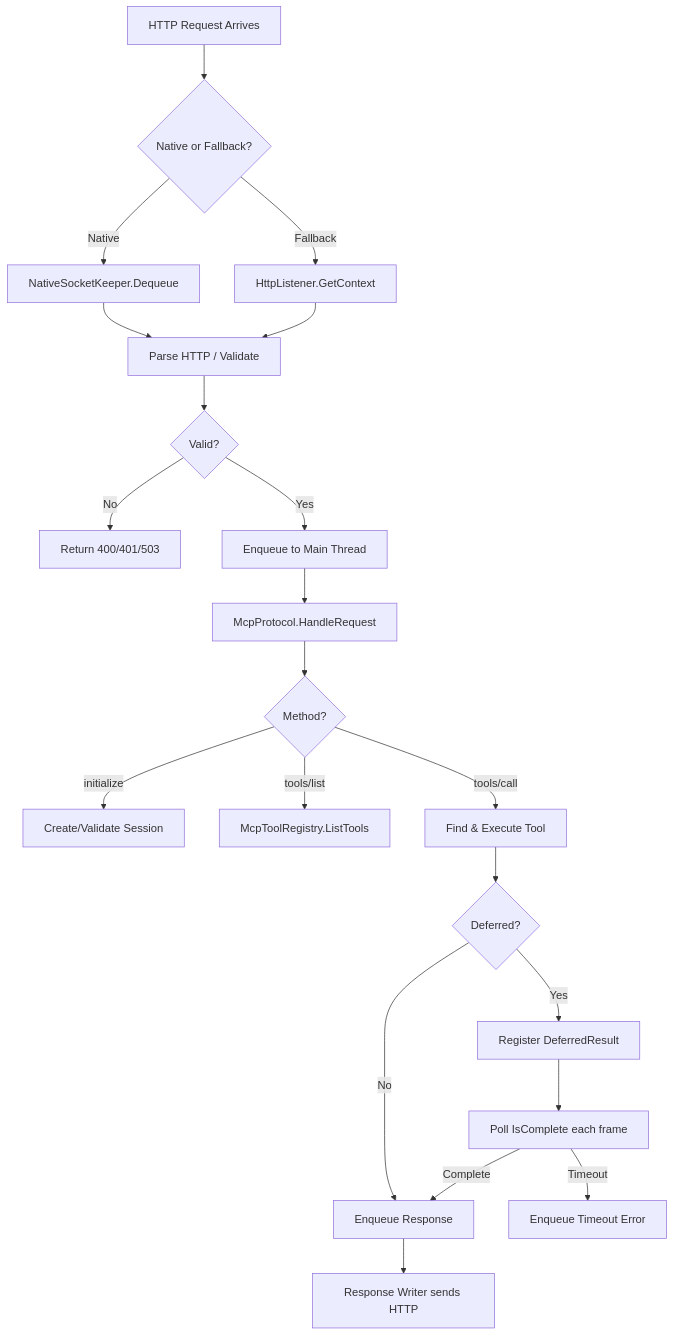
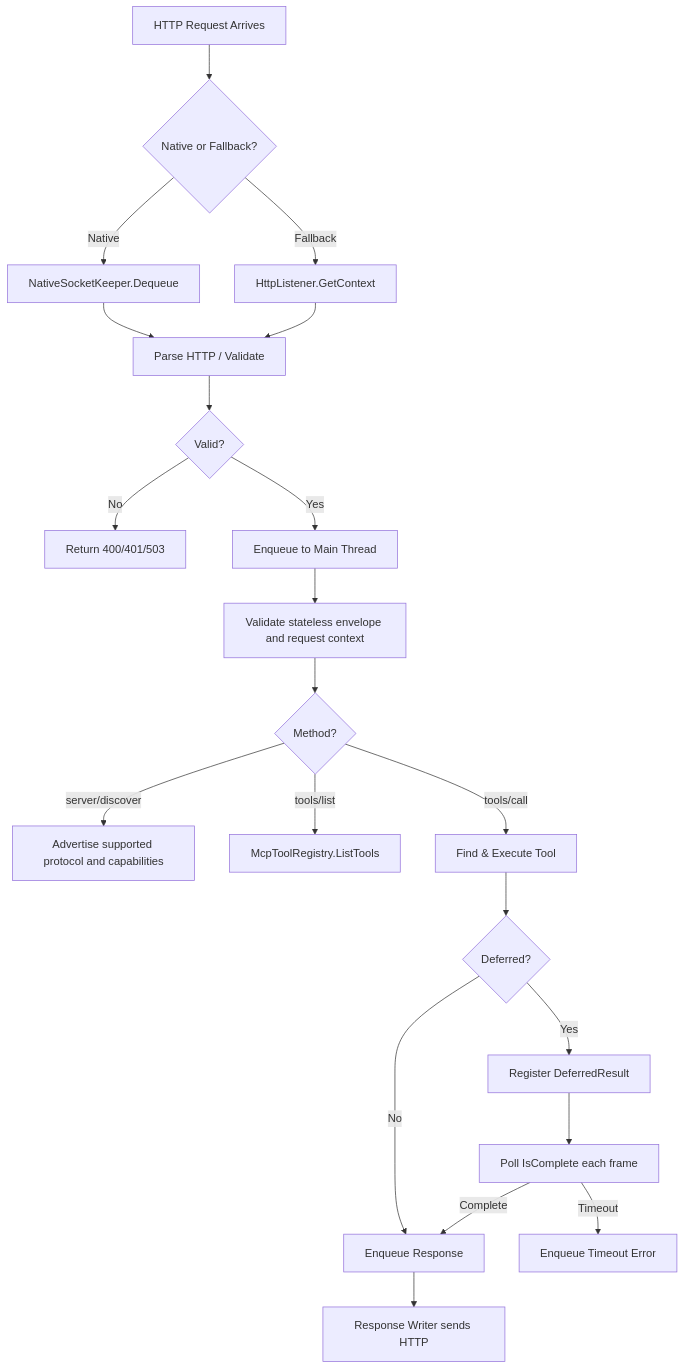
The fifth of 7 diagrams in Documentation~/Architecture.md (i1rr/unity-MCP), drawn with Mermaid before and after one commit. The commit also changed other lines of this file and 32 other files, not shown here.

Commit message:
Require stateless MCP connections [skip ci]

````diff
--- a/Documentation~/Architecture.md
+++ b/Documentation~/Architecture.md
@@ -165,23 +165,23 @@
 ```mermaid
 flowchart TD
     A[HTTP Request Arrives] --> B{Native or Fallback?}
     B -->|Native| C[NativeSocketKeeper.Dequeue]
     B -->|Fallback| D[HttpListener.GetContext]
     C --> E[Parse HTTP / Validate]
     D --> E
     E --> F{Valid?}
     F -->|No| G[Return 400/401/503]
     F -->|Yes| H[Enqueue to Main Thread]
-    H --> I[McpProtocol.HandleRequest]
+    H --> I[Validate stateless envelope and request context]
     I --> J{Method?}
-    J -->|initialize| K[Create/Validate Session]
+    J -->|server/discover| K[Advertise supported protocol and capabilities]
     J -->|tools/list| L[McpToolRegistry.ListTools]
     J -->|tools/call| M[Find & Execute Tool]
     M --> N{Deferred?}
     N -->|No| O[Enqueue Response]
     N -->|Yes| P[Register DeferredResult]
     P --> Q[Poll IsComplete each frame]
     Q -->|Complete| O
     Q -->|Timeout| R[Enqueue Timeout Error]
     O --> S[Response Writer sends HTTP]
 ```
````
